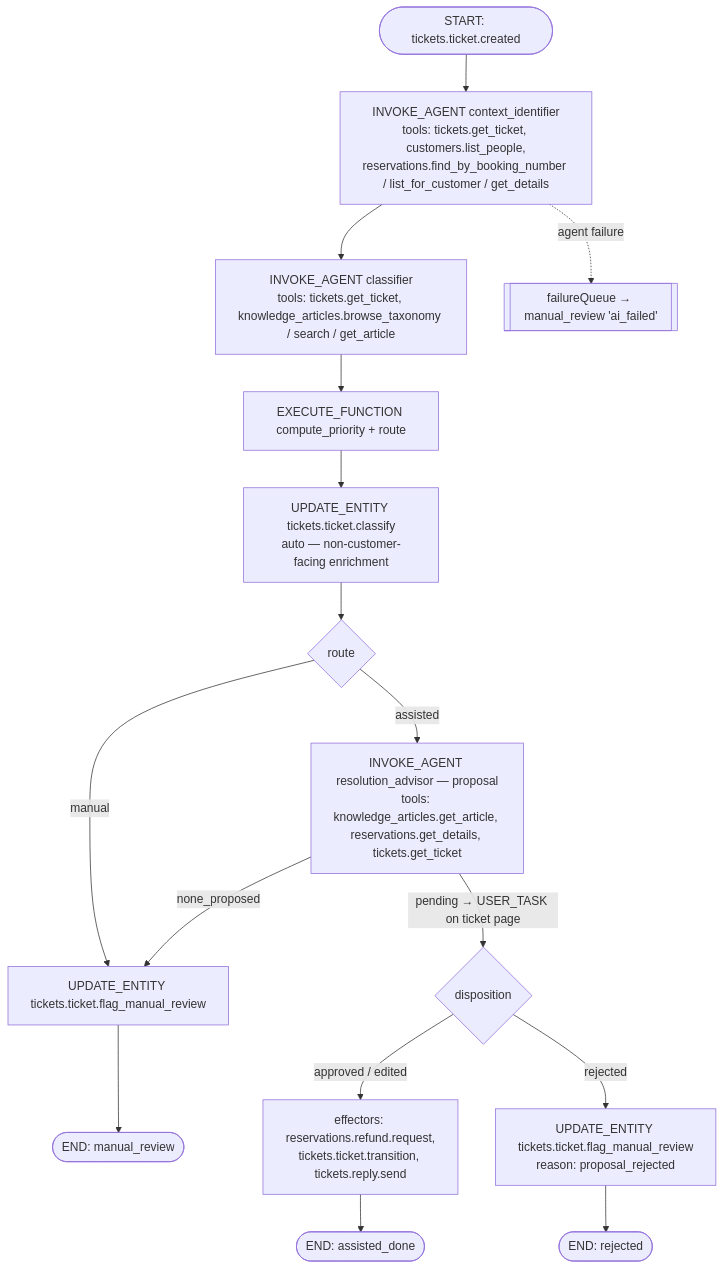
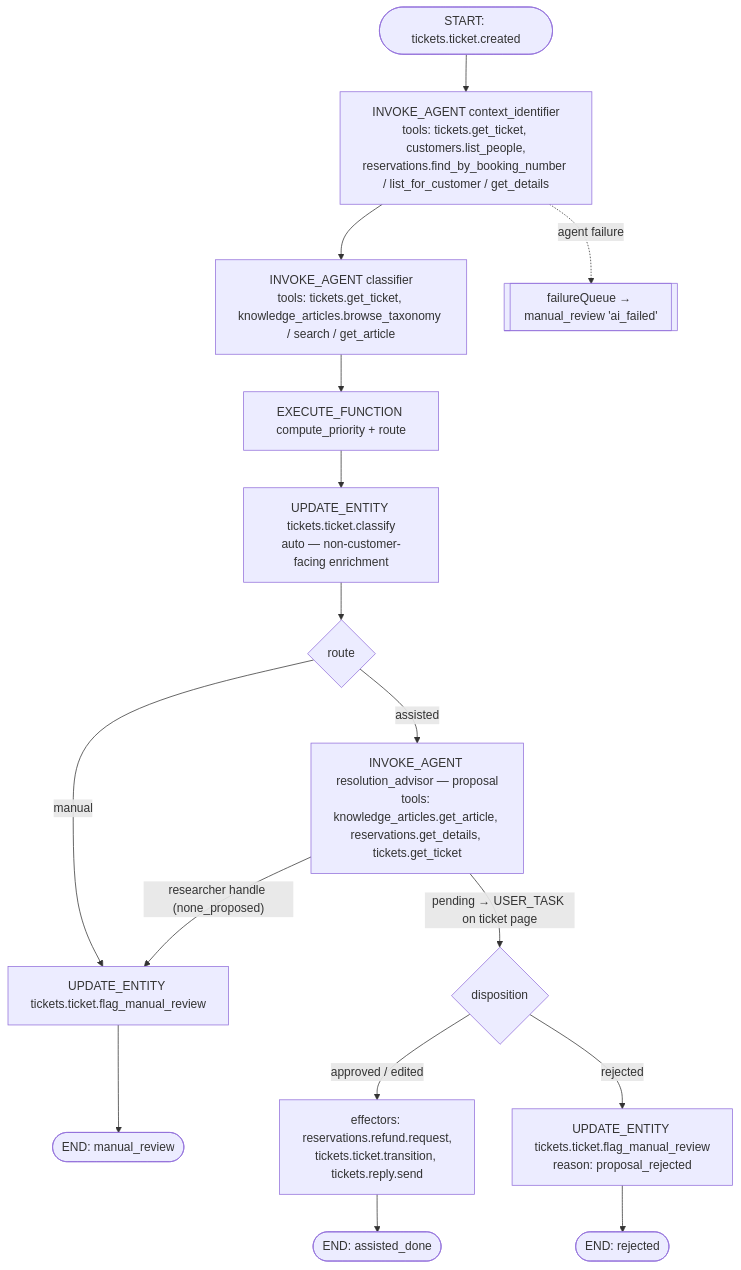
The diagram in .ai/specs/enterprise/2026-10-12-triage-agents-module.md (open-mercato-org/open-mercato-demo), drawn with Mermaid before and after one commit. The commit also changed other lines of this file and 6 other files, not shown here.

````diff
--- a/.ai/specs/enterprise/2026-10-12-triage-agents-module.md
+++ b/.ai/specs/enterprise/2026-10-12-triage-agents-module.md
@@ -26,15 +26,15 @@
 ```mermaid
 flowchart TD
   S(["START: tickets.ticket.created"]) --> ID["INVOKE_AGENT context_identifier<br/>tools: tickets.get_ticket, customers.list_people,<br/>reservations.find_by_booking_number / list_for_customer / get_details"]
   ID --> CL["INVOKE_AGENT classifier<br/>tools: tickets.get_ticket, knowledge_articles.browse_taxonomy / search / get_article"]
   CL --> PR["EXECUTE_FUNCTION compute_priority + route"]
   PR --> AP["UPDATE_ENTITY tickets.ticket.classify<br/>auto — non-customer-facing enrichment"]
   AP --> R{"route"}
   R -- manual --> MR["UPDATE_ENTITY tickets.ticket.flag_manual_review"] --> E(["END: manual_review"])
   R -- assisted --> RA["INVOKE_AGENT resolution_advisor — proposal<br/>tools: knowledge_articles.get_article, reservations.get_details, tickets.get_ticket"]
-  RA -- none_proposed --> MR
+  RA -- researcher handle (none_proposed) --> MR
   RA -- pending → USER_TASK on ticket page --> D{"disposition"}
   D -- approved / edited --> EX["effectors: reservations.refund.request,<br/>tickets.ticket.transition, tickets.reply.send"] --> E2(["END: assisted_done"])
   D -- rejected --> MR2["UPDATE_ENTITY tickets.ticket.flag_manual_review<br/>reason: proposal_rejected"] --> E3(["END: rejected"])
   ID -. agent failure .-> FQ[["failureQueue → manual_review 'ai_failed'"]]
 ```
````
